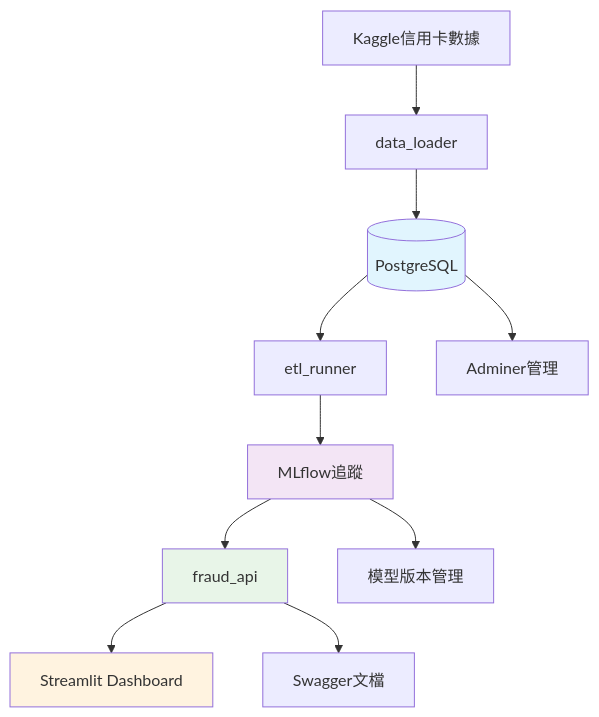
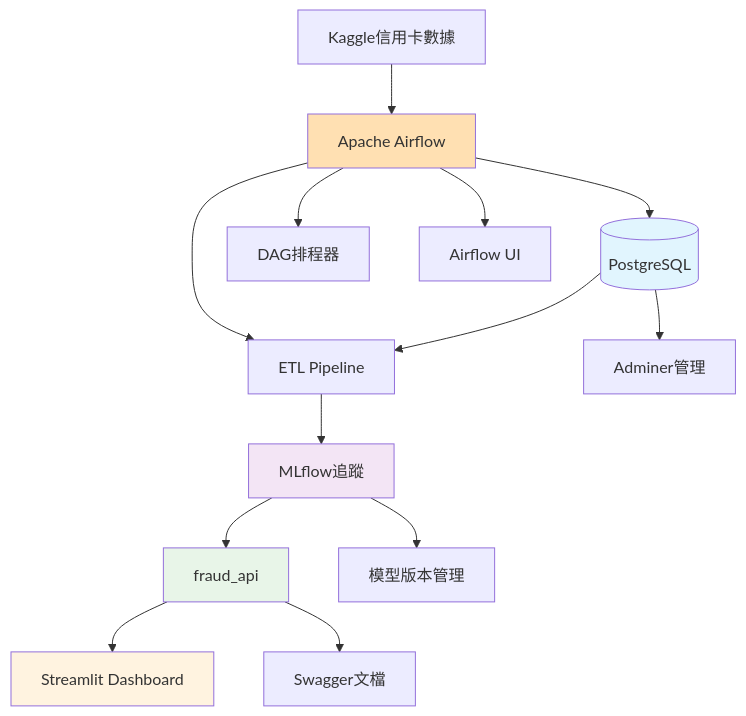
One commit to peter199711/fraud-detection-etl-api changed the diagram in README.md. Above: the diagram before and after it, drawn with Mermaid. The commit also changed other lines of this file and 8 other files, not shown here.

````diff
--- a/README.md
+++ b/README.md
@@ -91,18 +103,22 @@
 ```mermaid
 graph TB
-    A[Kaggle信用卡數據] --> B[data_loader]
+    A[Kaggle信用卡數據] --> B[Apache Airflow]
     B --> C[(PostgreSQL)]
-    C --> D[etl_runner]
+    B --> D[ETL Pipeline]
+    C --> D
     D --> E[MLflow追蹤]
     E --> F[fraud_api]
     F --> G[Streamlit Dashboard]
     
-    C --> H[Adminer管理]
-    E --> I[模型版本管理]
-    F --> J[Swagger文檔]
+    B --> H[DAG排程器]
+    C --> I[Adminer管理]
+    E --> J[模型版本管理]
+    F --> K[Swagger文檔]
+    B --> L[Airflow UI]
     
     style C fill:#e1f5fe
     style E fill:#f3e5f5
     style F fill:#e8f5e8
     style G fill:#fff3e0
+    style B fill:#ffe0b2
 ```
````
